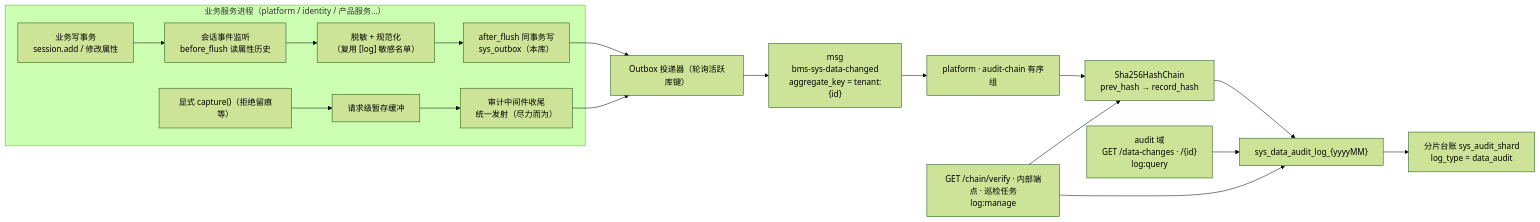
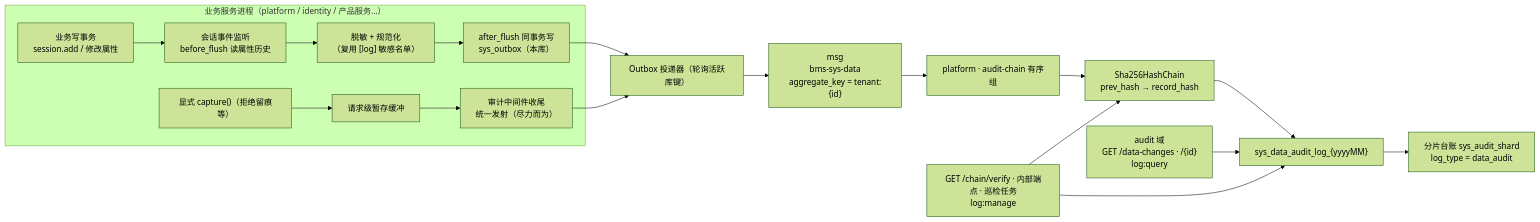
Before and after one commit to minjian123/basic-management-system: the first of 2 diagrams in bms文档/项目/08_通用能力/任务/06_日志与审计/06_日志与审计_02_字段级变更审计与哈希链/设计/01_详细设计_06_02_字段级变更审计与哈希链.md, drawn with Mermaid (forest theme). The commit also changed other lines of this file and 7 other files, not shown here.

````diff
--- a/bms文档/项目/08_通用能力/任务/06_日志与审计/06_日志与审计_02_字段级变更审计与哈希链/设计/01_详细设计_06_02_字段级变更审计与哈希链.md
+++ b/bms文档/项目/08_通用能力/任务/06_日志与审计/06_日志与审计_02_字段级变更审计与哈希链/设计/01_详细设计_06_02_字段级变更审计与哈希链.md
@@ -39,20 +39,20 @@
 ```mermaid
 flowchart LR
     subgraph 业务服务进程["业务服务进程（platform / identity / 产品服务…）"]
         ORM["业务写事务<br/>session.add / 修改属性"] --> LISTEN["会话事件监听<br/>before_flush 读属性历史"]
         LISTEN --> MASK["脱敏 + 规范化<br/>（复用 [log] 敏感名单）"]
         MASK --> ENQ["after_flush 同事务写<br/>sys_outbox（本库）"]
         EXPLICIT["显式 capture()（拒绝留痕等）"] --> STAGE["请求级暂存缓冲"]
         STAGE --> MW["审计中间件收尾<br/>统一发射（尽力而为）"]
     end
     ENQ --> DISP["Outbox 投递器（轮询活跃库键）"]
     MW --> DISP
-    DISP --> MQ["msg<br/>bms-sys-data-changed<br/>aggregate_key = tenant:{id}"]
+    DISP --> MQ["msg<br/>bms-sys-data<br/>aggregate_key = tenant:{id}"]
     MQ --> CON["platform · audit-chain 有序组"]
     CON --> CHAIN["Sha256HashChain<br/>prev_hash → record_hash"]
     CHAIN --> SHARD["sys_data_audit_log_{yyyyMM}"]
     SHARD --> LEDGER["分片台账 sys_audit_shard<br/>log_type = data_audit"]
     API["audit 域<br/>GET /data-changes · /{id}<br/>log:query"] --> SHARD
     VERIFY["GET /chain/verify · 内部端点 · 巡检任务<br/>log:manage"] --> CHAIN
     VERIFY --> SHARD
 ```
````
